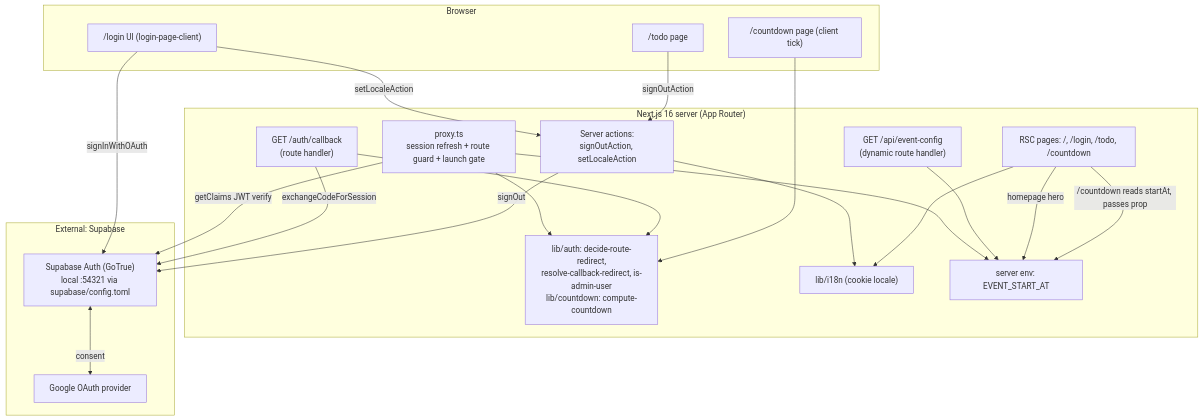
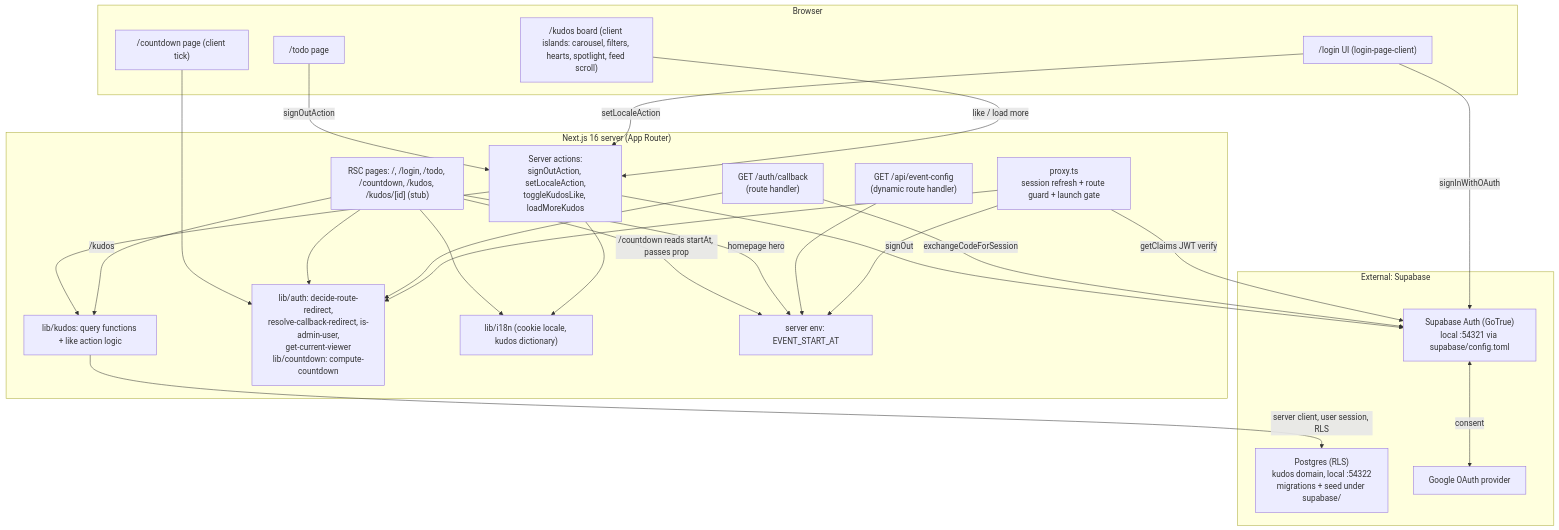
One commit to vankt-2781/mock-aidd-kudo-app changed the first of 7 diagrams in docs/system/architecture.md. Above: the diagram before and after it, drawn with Mermaid. The commit also changed other lines of this file and 9 other files, not shown here.

Commit message:
docs: promote F006 kudos live board spec (SCR007) and system docs

````diff
--- a/docs/system/architecture.md
+++ b/docs/system/architecture.md
@@ -14,38 +14,46 @@
 ```mermaid
 graph TB
     subgraph "Browser"
         LP["/login UI (login-page-client)"]
         TD["/todo page"]
         CD["/countdown page (client tick)"]
+        KB["/kudos board (client islands: carousel, filters, hearts, spotlight, feed scroll)"]
     end
     subgraph "Next.js 16 server (App Router)"
         PX["proxy.ts<br/>session refresh + route guard + launch gate"]
-        PG["RSC pages: /, /login, /todo, /countdown"]
+        PG["RSC pages: /, /login, /todo, /countdown, /kudos, /kudos/[id] (stub)"]
         CB["GET /auth/callback<br/>(route handler)"]
         EC["GET /api/event-config<br/>(dynamic route handler)"]
-        SA["Server actions:<br/>signOutAction, setLocaleAction"]
-        LIB["lib/auth: decide-route-redirect,<br/>resolve-callback-redirect, is-admin-user<br/>lib/countdown: compute-countdown"]
-        I18N["lib/i18n (cookie locale)"]
+        SA["Server actions:<br/>signOutAction, setLocaleAction,<br/>toggleKudosLike, loadMoreKudos"]
+        KQ["lib/kudos: query functions + like action logic"]
+        LIB["lib/auth: decide-route-redirect,<br/>resolve-callback-redirect, is-admin-user,<br/>get-current-viewer<br/>lib/countdown: compute-countdown"]
+        I18N["lib/i18n (cookie locale, kudos dictionary)"]
         ENV["server env: EVENT_START_AT"]
     end
     subgraph "External: Supabase"
         SB["Supabase Auth (GoTrue)<br/>local :54321 via supabase/config.toml"]
+        DB["Postgres (RLS)<br/>kudos domain, local :54322<br/>migrations + seed under supabase/"]
         GG["Google OAuth provider"]
     end
     LP -->|signInWithOAuth| SB
     SB <-->|consent| GG
     PX --> LIB
     PX -->|getClaims JWT verify| SB
     PX --> ENV
     CB -->|exchangeCodeForSession| SB
     CB --> LIB
     EC --> ENV
     PG -->|homepage hero| ENV
     PG -->|/countdown reads startAt, passes prop| ENV
-    CD --> LIB
+    PG -->|/kudos| KQ
+    KQ -->|server client, user session, RLS| DB
+    KB -->|like / load more| SA
+    SA --> KQ
     SA -->|signOut| SB
     SA --> I18N
     PG --> I18N
+    PG --> LIB
+    CD --> LIB
     LP -->|setLocaleAction| SA
     TD -->|signOutAction| SA
 ```
````
